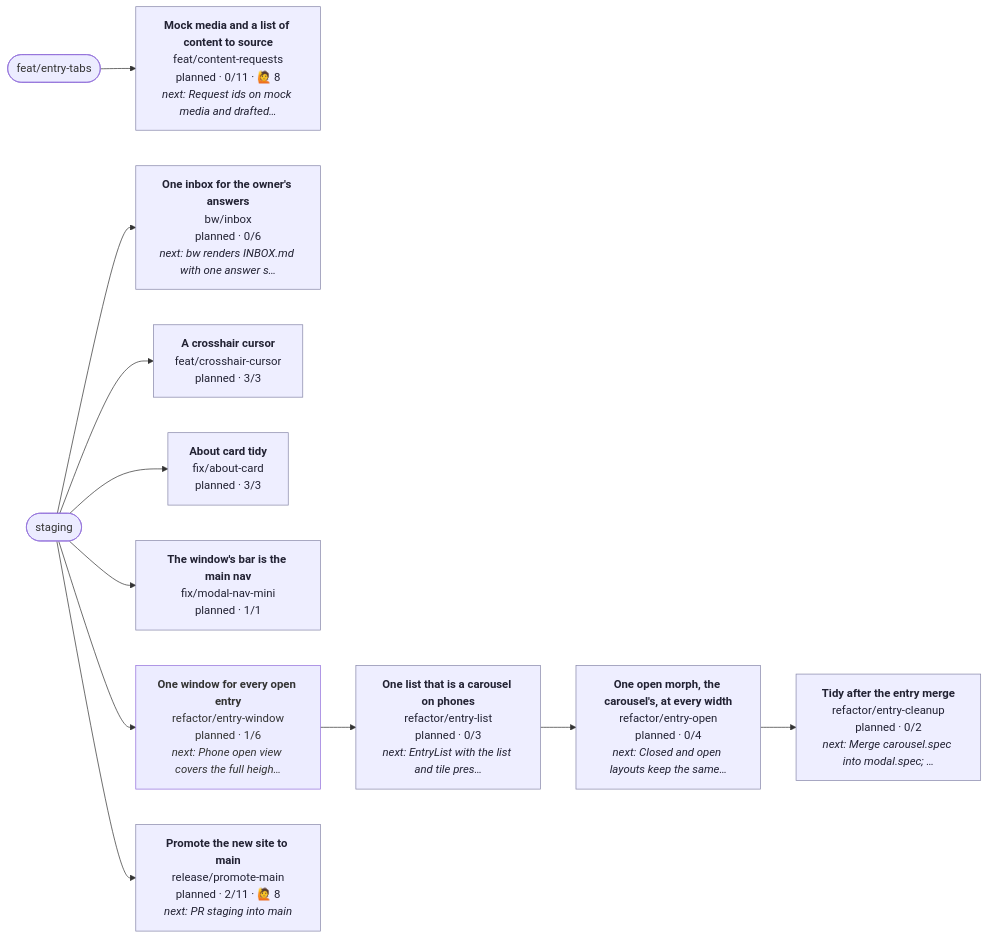
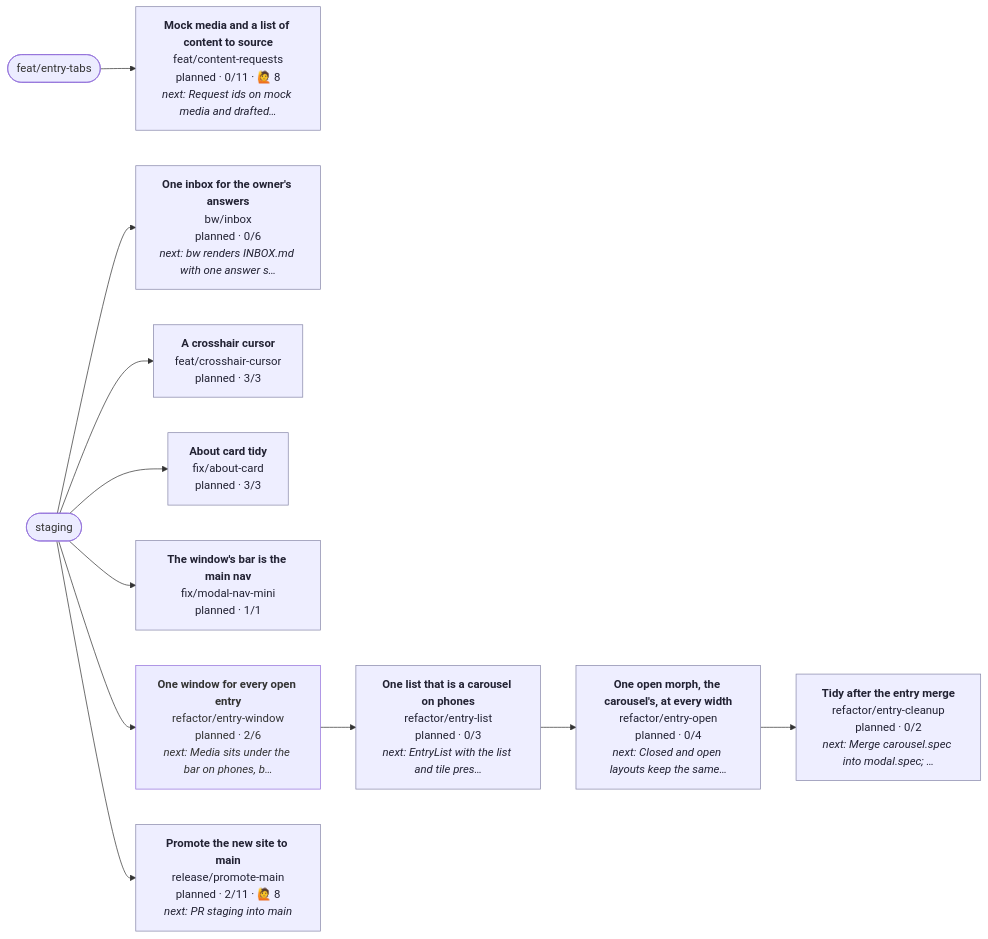
One commit to henryjonescodes/portfolio changed the diagram in CONTRIBUTING.md. Above: the diagram before and after it, drawn with Mermaid. The commit also changed other lines of this file, not shown here.

````diff
--- a/CONTRIBUTING.md
+++ b/CONTRIBUTING.md
@@ -17,40 +17,40 @@
 ```mermaid
 flowchart LR
   n_staging([staging])
   n_feat_entry_tabs([feat/entry-tabs])
   n_bw_inbox["<b>One inbox for the owner's answers</b><br/>bw/inbox<br/>planned · 0/6<br/><i>next: bw renders INBOX.md with one answer s…</i>"]
   class n_bw_inbox planned
   n_staging --> n_bw_inbox
   n_feat_content_requests["<b>Mock media and a list of content to source</b><br/>feat/content-requests<br/>planned · 0/11 · 🙋 8<br/><i>next: Request ids on mock media and drafted…</i>"]
   class n_feat_content_requests planned
   n_feat_entry_tabs --> n_feat_content_requests
   n_feat_crosshair_cursor["<b>A crosshair cursor</b><br/>feat/crosshair-cursor<br/>planned · 3/3"]
   class n_feat_crosshair_cursor planned
   n_staging --> n_feat_crosshair_cursor
   n_fix_about_card["<b>About card tidy</b><br/>fix/about-card<br/>planned · 3/3"]
   class n_fix_about_card planned
   n_staging --> n_fix_about_card
   n_fix_modal_nav_mini["<b>The window's bar is the main nav</b><br/>fix/modal-nav-mini<br/>planned · 1/1"]
   class n_fix_modal_nav_mini planned
   n_staging --> n_fix_modal_nav_mini
   n_refactor_entry_cleanup["<b>Tidy after the entry merge</b><br/>refactor/entry-cleanup<br/>planned · 0/2<br/><i>next: Merge carousel.spec into modal.spec; …</i>"]
   class n_refactor_entry_cleanup planned
   n_refactor_entry_open --> n_refactor_entry_cleanup
   n_refactor_entry_list["<b>One list that is a carousel on phones</b><br/>refactor/entry-list<br/>planned · 0/3<br/><i>next: EntryList with the list and tile pres…</i>"]
   class n_refactor_entry_list planned
   n_refactor_entry_window --> n_refactor_entry_list
   n_refactor_entry_open["<b>One open morph, the carousel's, at every width</b><br/>refactor/entry-open<br/>planned · 0/4<br/><i>next: Closed and open layouts keep the same…</i>"]
   class n_refactor_entry_open planned
   n_refactor_entry_list --> n_refactor_entry_open
-  n_refactor_entry_window["<b>One window for every open entry</b><br/>refactor/entry-window<br/>planned · 1/6<br/><i>next: Phone open view covers the full heigh…</i>"]
+  n_refactor_entry_window["<b>One window for every open entry</b><br/>refactor/entry-window<br/>planned · 2/6<br/><i>next: Media sits under the bar on phones, b…</i>"]
   class n_refactor_entry_window planned,current
   n_staging --> n_refactor_entry_window
   n_release_promote_main["<b>Promote the new site to main</b><br/>release/promote-main<br/>planned · 2/11 · 🙋 8<br/><i>next: PR staging into main</i>"]
   class n_release_promote_main planned
   n_staging --> n_release_promote_main
   classDef planned fill:#eef,stroke:#88a,color:#223
   classDef active fill:#dfd,stroke:#3a3,stroke-width:3px,color:#132
   classDef blocked fill:#fdd,stroke:#c33,color:#311
   classDef review fill:#ffd,stroke:#cc3,color:#331
   classDef current stroke:#06c,stroke-width:4px
 ```
````
